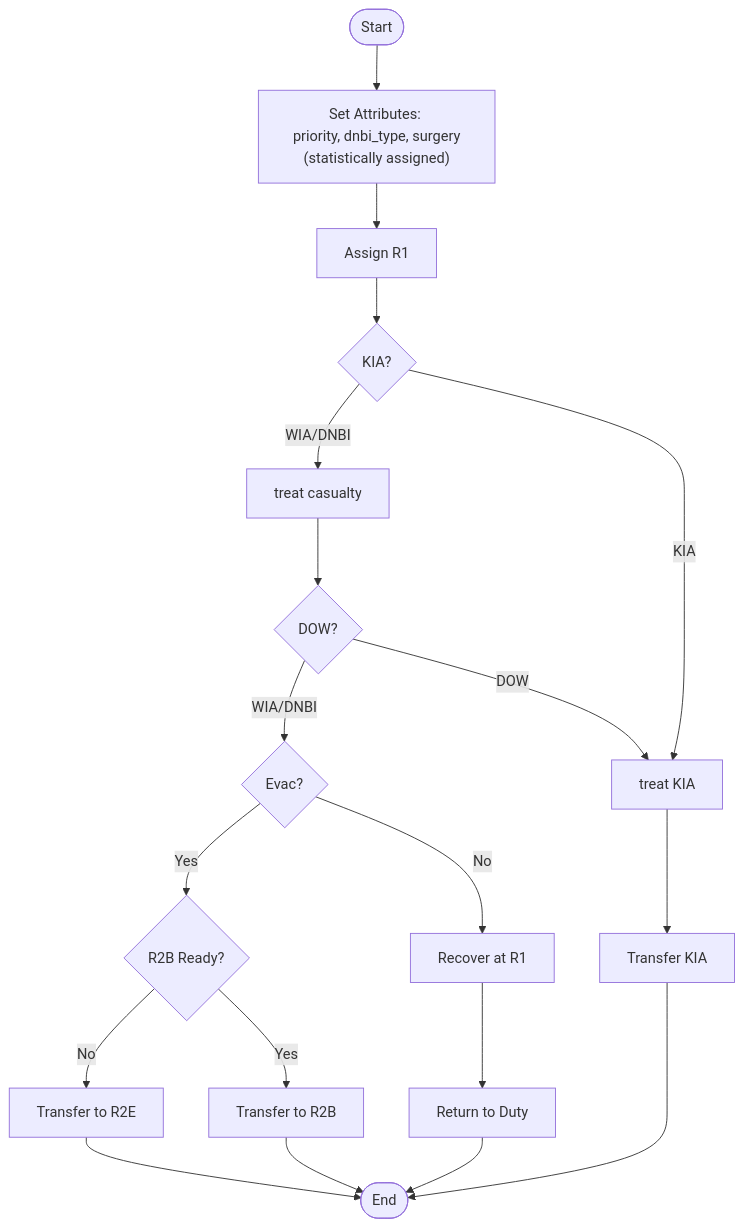
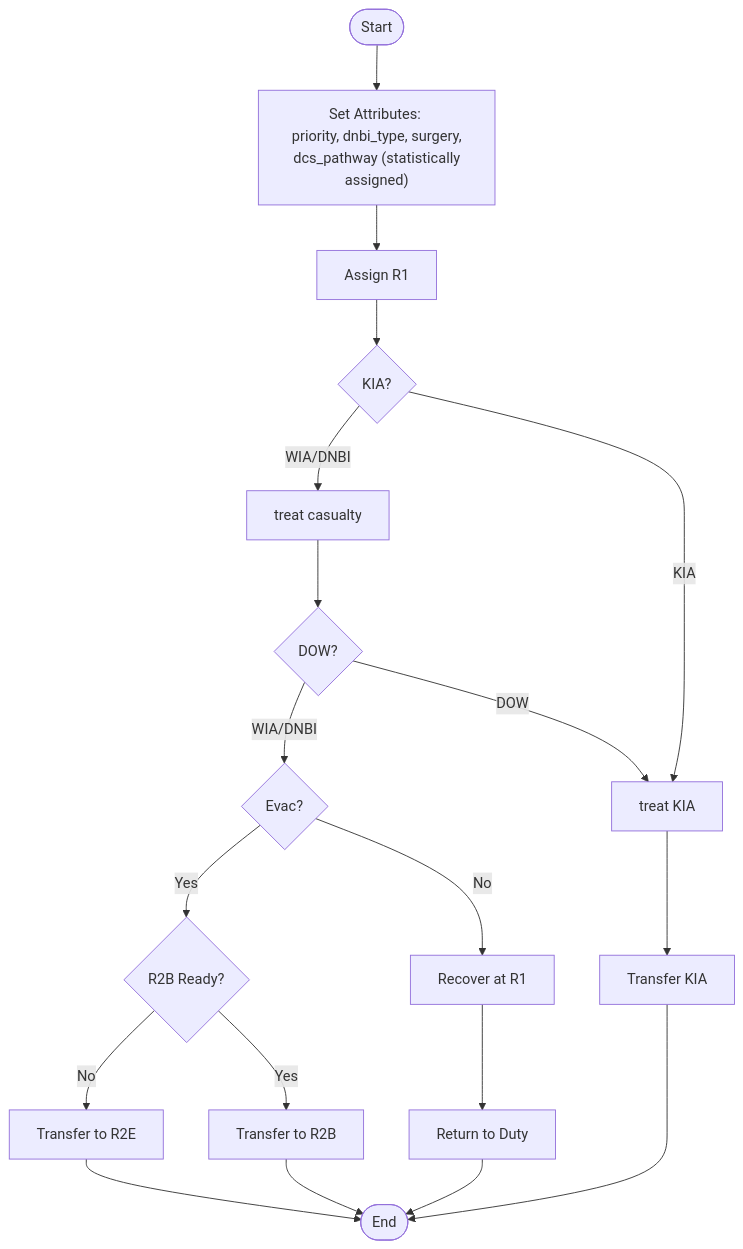
One commit to natosys/Battlefield-Casualty-Handling changed the second of 4 diagrams in README.md. Above: the diagram before and after it, drawn with Mermaid. The commit also changed other lines of this file and 37 other files, not shown here.

````diff
--- a/README.md
+++ b/README.md
@@ -1520,21 +1535,21 @@
 ```mermaid
 flowchart TD
-    A(["Start"]) --> B["Set Attributes: <br> priority, dnbi_type, surgery (statistically assigned)"]
+    A(["Start"]) --> B["Set Attributes: <br> priority, dnbi_type, surgery, <br> dcs_pathway (statistically assigned)"]
     B --> C["Assign R1"]
     C --> D{"KIA?"}
     D -- WIA/DNBI --> E["treat casualty"]
     E --> F{"DOW?"}
     F -- DOW --> G["treat KIA"]
     F -- WIA/DNBI --> H{"Evac?"}
     D -- KIA --> G
     H -- Yes --> I{"R2B Ready?"}
     I -- Yes --> J["Transfer to R2B"]
     I -- No --> K["Transfer to R2E"]
     K --> L(["End"])
     J --> L
     H -- No --> M["Recover at R1"]
     M --> N["Return to Duty"]
     N --> L
     G --> O["Transfer KIA"]
     O --> L
 ```
````
